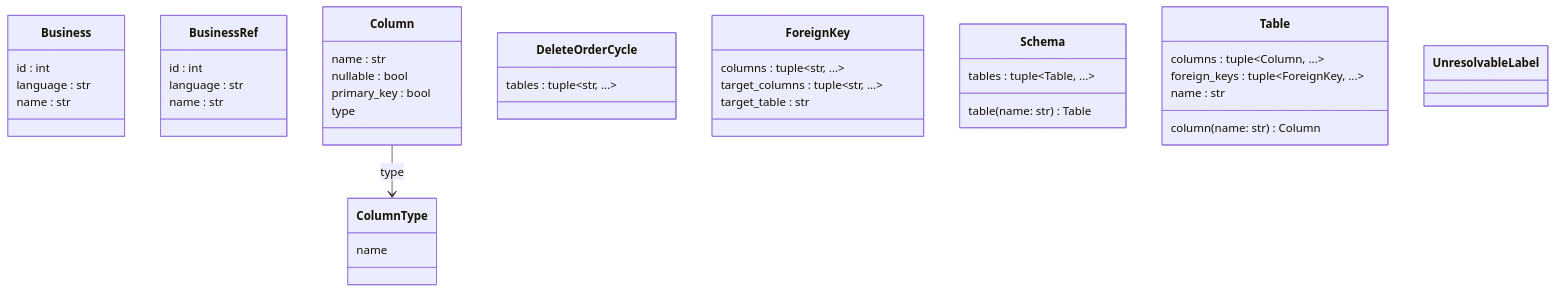
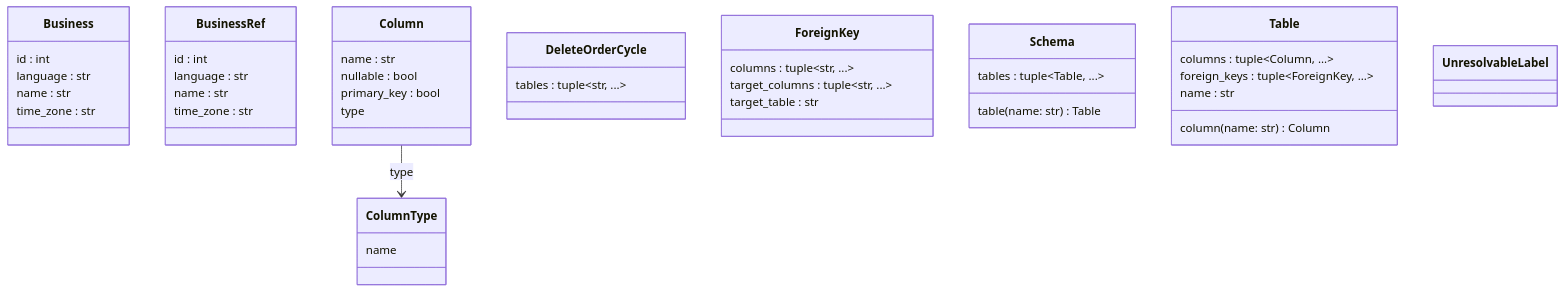
Before and after one commit to GonzaloZevallos/apostrophe: the fourth of 6 diagrams in docs/architecture/generated/classes/business_removal.md, drawn with Mermaid. The commit also changed 10 other files, not shown here.

First line of the commit message:
Export the stored time zone and join the isolation sweep

````diff
--- a/docs/architecture/generated/classes/business_removal.md
+++ b/docs/architecture/generated/classes/business_removal.md
@@ -86,43 +86,45 @@
 ```mermaid
 classDiagram
   class Business {
     id : int
     language : str
     name : str
+    time_zone : str
   }
   class BusinessRef {
     id : int
     language : str
     name : str
+    time_zone : str
   }
   class Column {
     name : str
     nullable : bool
     primary_key : bool
     type
   }
   class ColumnType {
     name
   }
   class DeleteOrderCycle {
     tables : tuple~str, ...~
   }
   class ForeignKey {
     columns : tuple~str, ...~
     target_columns : tuple~str, ...~
     target_table : str
   }
   class Schema {
     tables : tuple~Table, ...~
     table(name: str) Table
   }
   class Table {
     columns : tuple~Column, ...~
     foreign_keys : tuple~ForeignKey, ...~
     name : str
     column(name: str) Column
   }
   class UnresolvableLabel {
   }
   Column --> ColumnType : type
 ```
````
